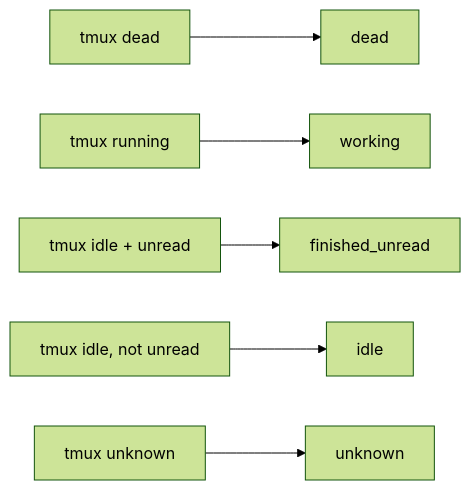
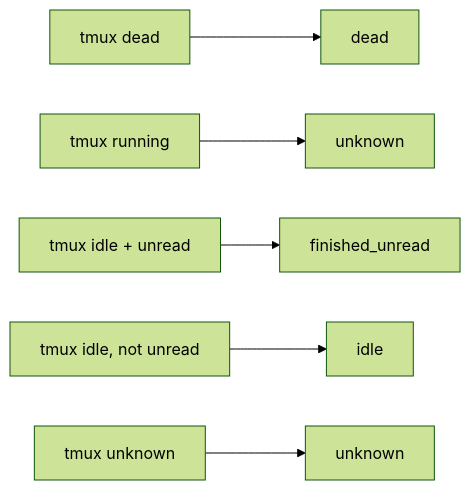
One commit to ccsliinc/CloudeCode changed the fourth of 12 diagrams in docs/session-status-model.md. Above: the diagram before and after it, drawn with Mermaid (forest theme). The commit also changed other lines of this file and 25 other files, not shown here.

````diff
--- a/docs/session-status-model.md
+++ b/docs/session-status-model.md
@@ -135,8 +144,8 @@
 ```mermaid
 flowchart LR
     d["tmux dead"] --> D["dead"]
-    r["tmux running"] --> W["working"]
+    r["tmux running"] --> U2["unknown"]
     i1["tmux idle + unread"] --> F["finished_unread"]
     i2["tmux idle, not unread"] --> I["idle"]
     u["tmux unknown"] --> U["unknown"]
 ```
````
